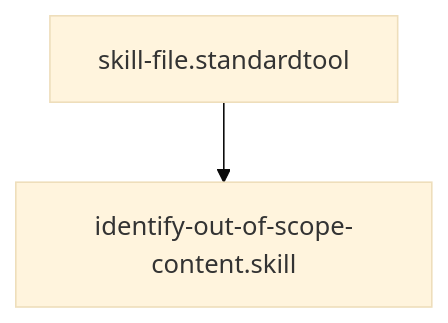
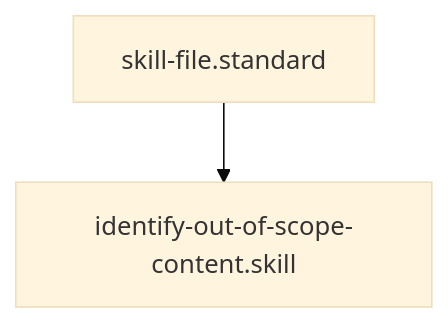
Before and after one commit to Gizmo4Life/ai-kernel: the diagram in skills/identify-out-of-scope-content.skill.md, drawn with Mermaid (base theme). The commit also changed other lines of this file and 89 other files, not shown here.

````diff
--- a/skills/identify-out-of-scope-content.skill.md
+++ b/skills/identify-out-of-scope-content.skill.md
@@ -18,4 +19,4 @@
 ```mermaid
 graph TD
-    skill-file.standardtool --> identify-out-of-scope-content.skill
+    skill-file.standard --> identify-out-of-scope-content.skill
 ```
````
